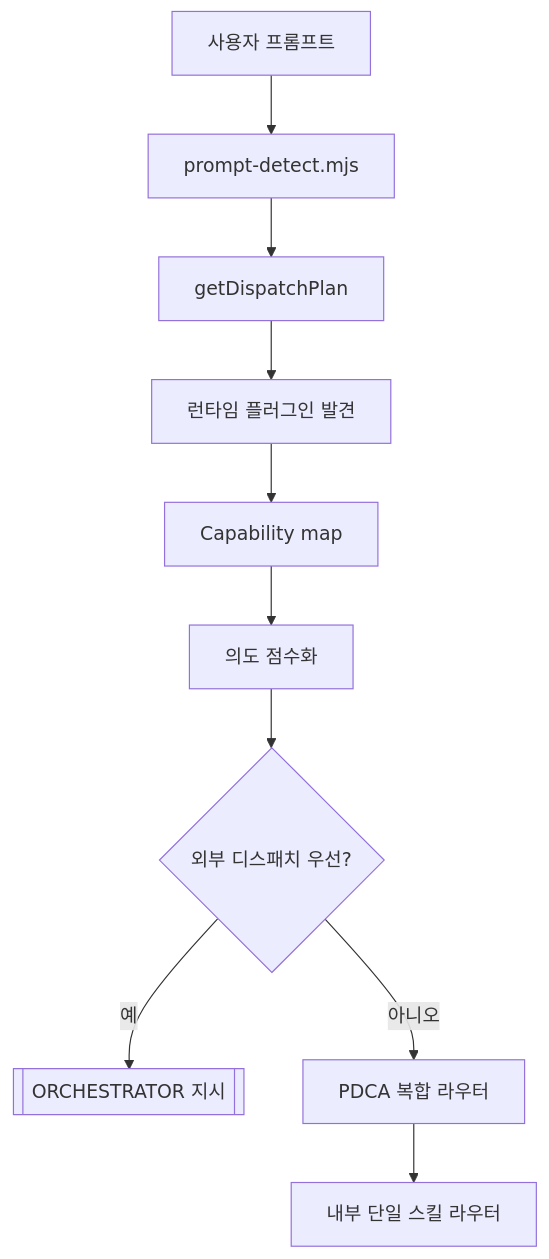
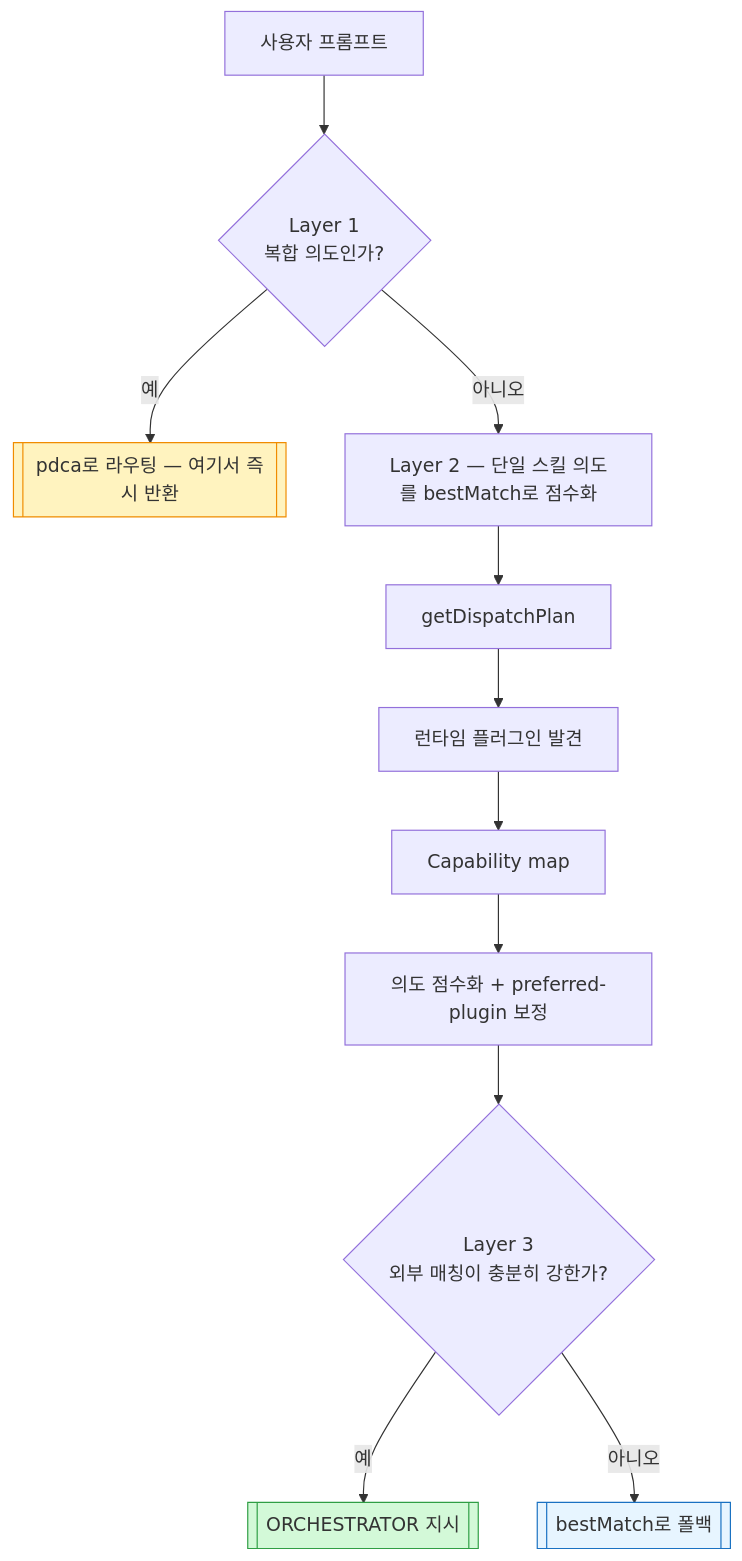
The first of 2 diagrams in docs/orchestrator-architecture.ko.md (unclejobs-ai/second-claude-code), drawn with Mermaid before and after one commit. The commit also changed other lines of this file and 6 other files, not shown here.

````diff
--- a/docs/orchestrator-architecture.ko.md
+++ b/docs/orchestrator-architecture.ko.md
@@ -11,12 +11,17 @@
 ```mermaid
 flowchart TB
-    U[사용자 프롬프트] --> H[prompt-detect.mjs]
-    H --> G[getDispatchPlan]
+    U[사용자 프롬프트] --> L1{"Layer 1<br/>복합 의도인가?"}
+    L1 -->|예| PDCA[["pdca로 라우팅 — 여기서 즉시 반환"]]
+    L1 -->|아니오| L2["Layer 2 — 단일 스킬 의도를 bestMatch로 점수화"]
+    L2 --> G[getDispatchPlan]
     G --> D[런타임 플러그인 발견]
     D --> C[Capability map]
-    C --> S[의도 점수화]
-    S --> E{외부 디스패치 우선?}
-    E -->|예| O[[ORCHESTRATOR 지시]]
-    E -->|아니오| P[PDCA 복합 라우터]
-    P --> I[내부 단일 스킬 라우터]
+    C --> S["의도 점수화 + preferred-plugin 보정"]
+    S --> L3{"Layer 3<br/>외부 매칭이 충분히 강한가?"}
+    L3 -->|예| O[["ORCHESTRATOR 지시"]]
+    L3 -->|아니오| I[["bestMatch로 폴백"]]
+
+    style PDCA fill:#fff3bf,stroke:#f08c00
+    style O fill:#d3f9d8,stroke:#2f9e44
+    style I fill:#e7f5ff,stroke:#1971c2
 ```
````
